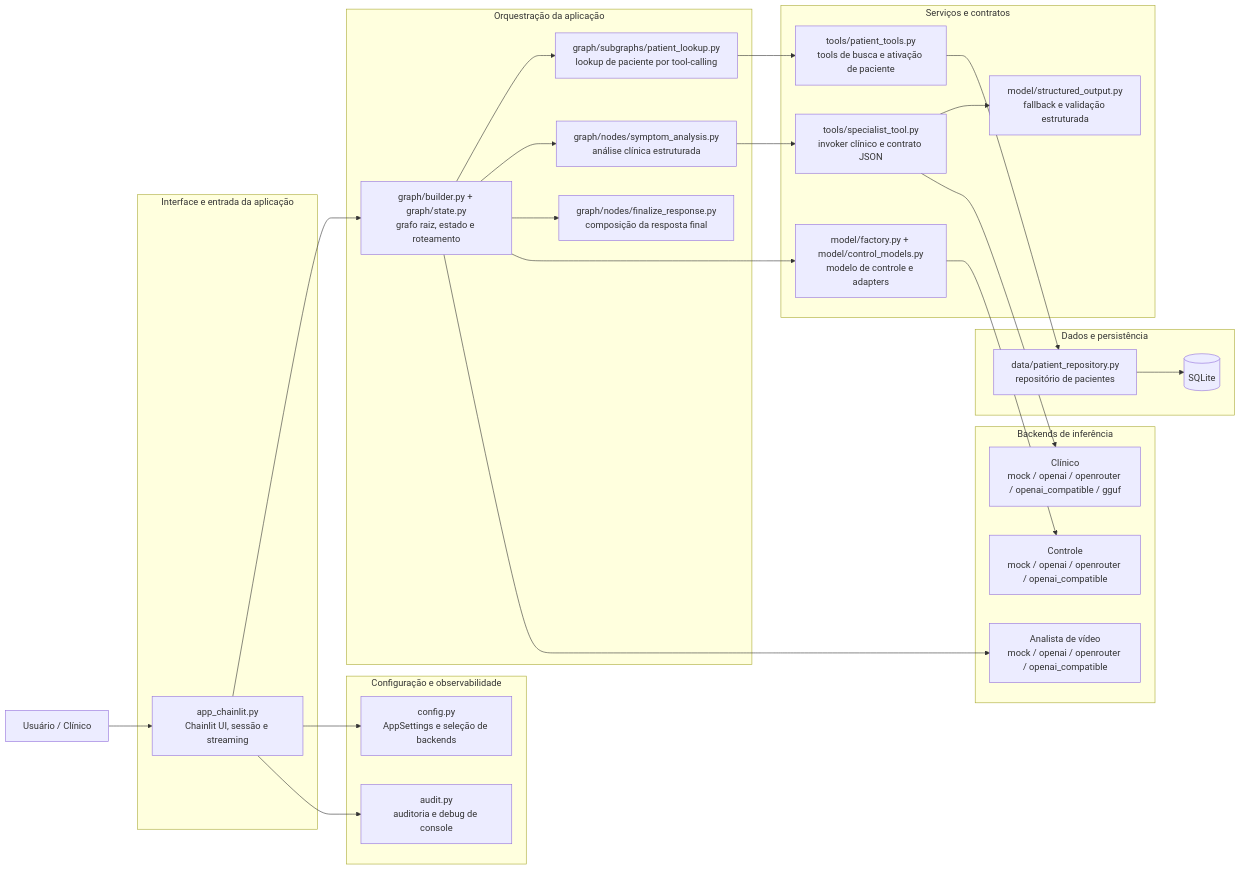
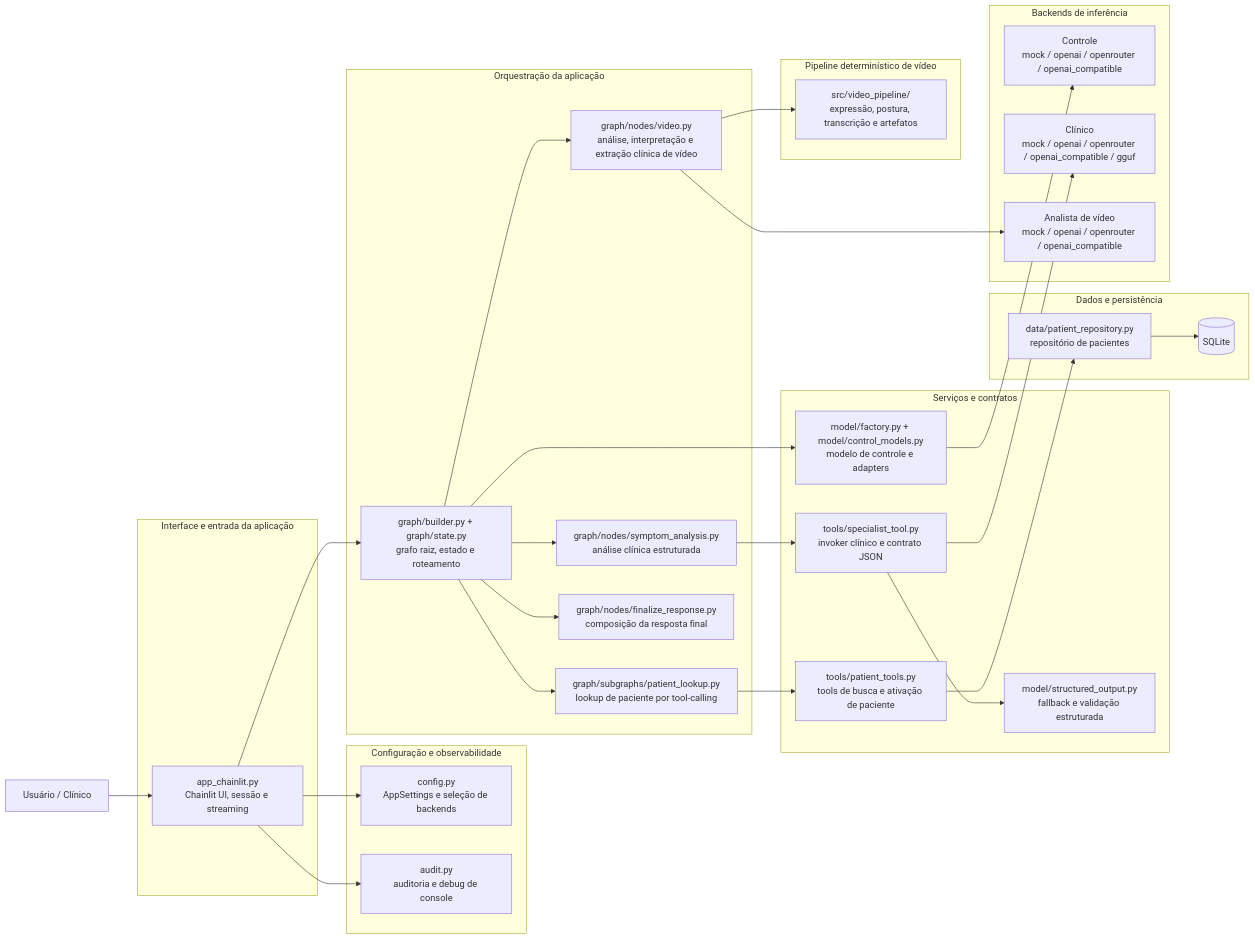
One commit to luizaaca/screening_robot changed the first of 2 diagrams in README_pt-br.md. Above: the diagram before and after it, drawn with Mermaid. The commit also changed other lines of this file and 3 other files, not shown here.

Commit message:
correção de diagramas e arquivo de entreda do projeto

````diff
--- a/README_pt-br.md
+++ b/README_pt-br.md
@@ -91,55 +91,62 @@
 ```mermaid
 flowchart LR
     USER["Usuário / Clínico"]
 
     subgraph ENTRY["Interface e entrada da aplicação"]
         CL["app_chainlit.py<br/>Chainlit UI, sessão e streaming"]
     end
 
     subgraph CROSS["Configuração e observabilidade"]
         CFG["config.py<br/>AppSettings e seleção de backends"]
         AUD["audit.py<br/>auditoria e debug de console"]
     end
 
     subgraph ORCH["Orquestração da aplicação"]
         GRAPH["graph/builder.py + graph/state.py<br/>grafo raiz, estado e roteamento"]
         LOOKUP["graph/subgraphs/patient_lookup.py<br/>lookup de paciente por tool-calling"]
         ANALYSIS["graph/nodes/symptom_analysis.py<br/>análise clínica estruturada"]
+        VIDEO["graph/nodes/video.py<br/>análise, interpretação e extração clínica de vídeo"]
         FINAL["graph/nodes/finalize_response.py<br/>composição da resposta final"]
     end
 
     subgraph SERVICES["Serviços e contratos"]
         CONTROL["model/factory.py + model/control_models.py<br/>modelo de controle e adapters"]
         SPECIALIST["tools/specialist_tool.py<br/>invoker clínico e contrato JSON"]
         PTOOLS["tools/patient_tools.py<br/>tools de busca e ativação de paciente"]
         STRUCT["model/structured_output.py<br/>fallback e validação estruturada"]
+    end
+
+    subgraph VIDEOPIPE["Pipeline determinístico de vídeo"]
+        VPIPE["src/video_pipeline/<br/>expressão, postura, transcrição e artefatos"]
     end
 
     subgraph DATA["Dados e persistência"]
         REPO["data/patient_repository.py<br/>repositório de pacientes"]
         DB[(SQLite)]
     end
 
     subgraph BACKENDS["Backends de inferência"]
         CTRLB["Controle<br/>mock / openai / openrouter / openai_compatible"]
         CLINB["Clínico<br/>mock / openai / openrouter / openai_compatible / gguf"]
         VIDB["Analista de vídeo<br/>mock / openai / openrouter / openai_compatible"]
     end
 
     USER --> CL
     CL --> GRAPH
     CL --> CFG
     CL --> AUD
     GRAPH --> LOOKUP
     GRAPH --> ANALYSIS
+    GRAPH --> VIDEO
     GRAPH --> FINAL
     GRAPH --> CONTROL
     LOOKUP --> PTOOLS
     ANALYSIS --> SPECIALIST
+    VIDEO --> VPIPE
+    VIDEO --> VIDB
     SPECIALIST --> STRUCT
     PTOOLS --> REPO
     REPO --> DB
     CONTROL --> CTRLB
     SPECIALIST --> CLINB
-    GRAPH --> VIDB
 ```
````
